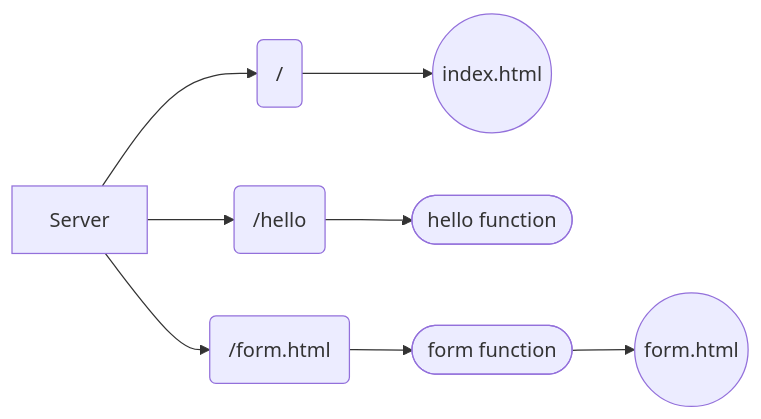
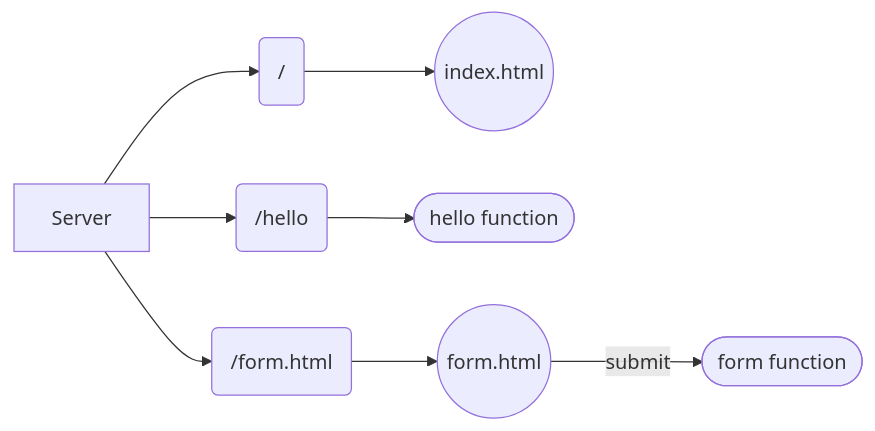
Before and after one commit to jeanpsv/simple-webserver-with-go: the diagram in README.md, drawn with Mermaid.

Commit message:
improves design

````diff
--- a/README.md
+++ b/README.md
@@ -5,6 +5,6 @@
 ```mermaid
 graph LR;
 Server --> index_path(/) --> index((index.html))
 Server --> hello_path(/hello) --> hello_function([hello function])
-Server --> form_path(/form.html) --> form_function([form function]) --> form((form.html))
+Server --> form_path(/form.html) --> form((form.html)) --submit--> form_function([form function])
 ```
````
